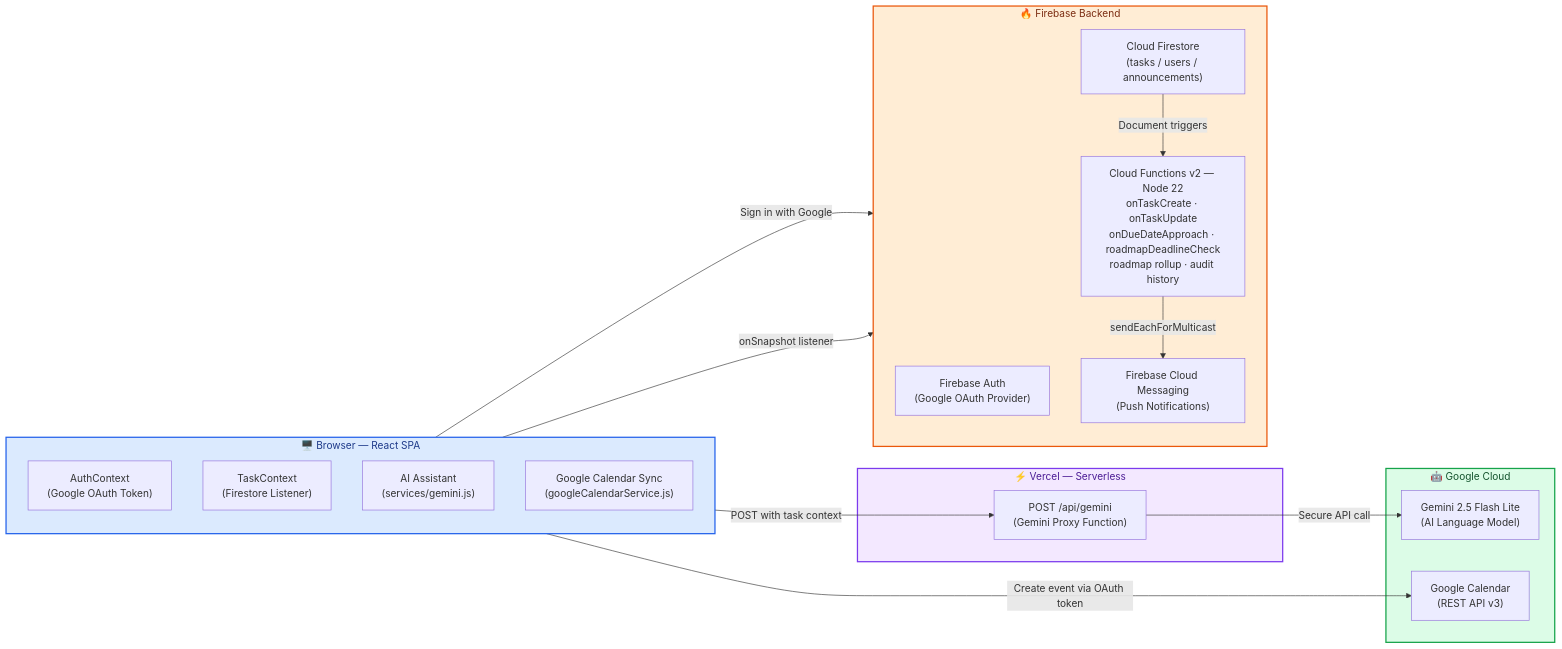
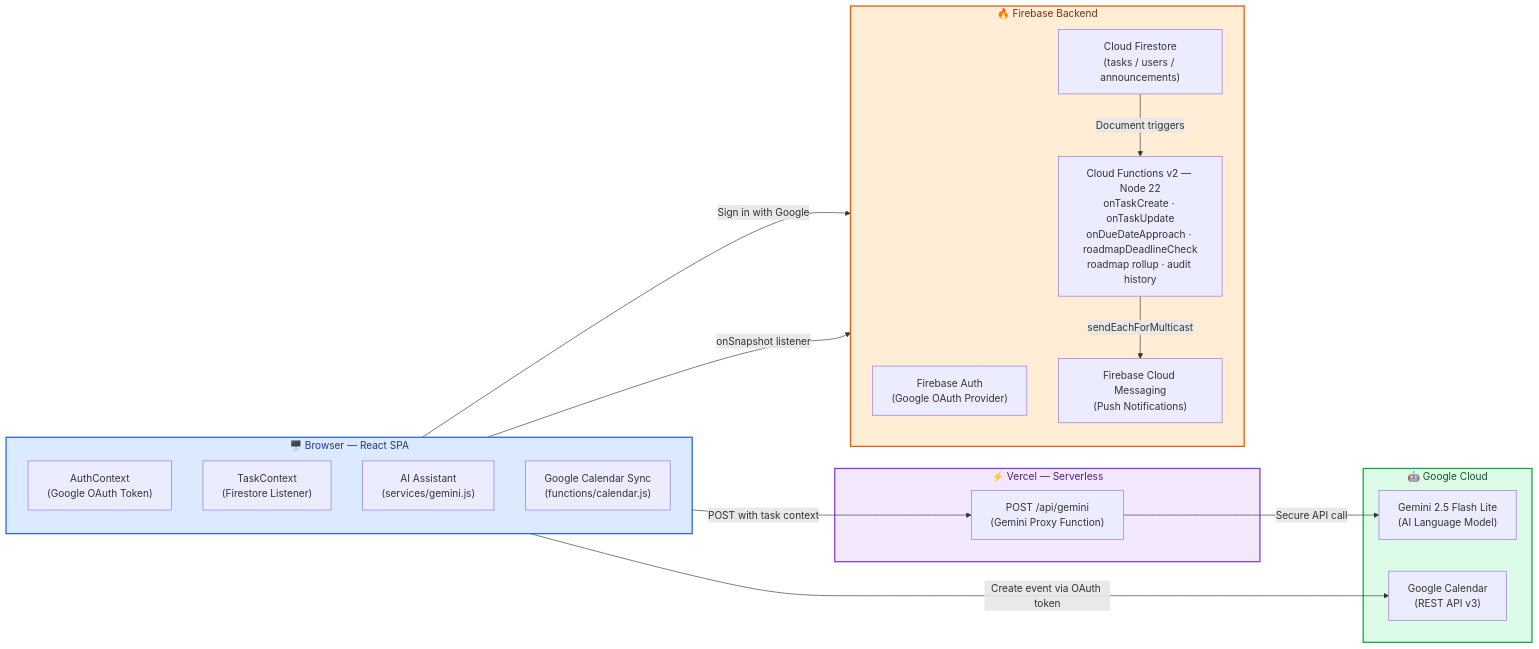
Before and after one commit to ajit421/airbuddy-workspace: the diagram in README.md, drawn with Mermaid. The commit also changed other lines of this file and 27 other files, not shown here.

First line of the commit message:
Add server-side Google Calendar sync

````diff
--- a/README.md
+++ b/README.md
@@ -243,55 +242,55 @@
 ```mermaid
 graph LR
     subgraph FE ["🖥️ Browser — React SPA"]
         direction TB
         AuthContext["AuthContext\n(Google OAuth Token)"]
         TaskContext["TaskContext\n(Firestore Listener)"]
         AIAssistant["AI Assistant\n(services/gemini.js)"]
-        CalendarSync["Google Calendar Sync\n(googleCalendarService.js)"]
+        CalendarSync["Google Calendar Sync\n(functions/calendar.js)"]
     end
 
     subgraph VERCEL ["⚡ Vercel — Serverless"]
         VercelFunc["POST /api/gemini\n(Gemini Proxy Function)"]
     end
 
     subgraph GCLOUD ["🤖 Google Cloud"]
         GeminiAPI["Gemini 2.5 Flash Lite\n(AI Language Model)"]
         GCalAPI["Google Calendar\n(REST API v3)"]
     end
 
     subgraph FIREBASE ["🔥 Firebase Backend"]
         direction TB
         FirebaseAuth["Firebase Auth\n(Google OAuth Provider)"]
         Firestore["Cloud Firestore\n(tasks / users / announcements)"]
         FCM["Firebase Cloud Messaging\n(Push Notifications)"]
         CloudFunctions["Cloud Functions v2 — Node 22\nonTaskCreate · onTaskUpdate\nonDueDateApproach · roadmapDeadlineCheck\nroadmap rollup · audit history"]
     end
 
     %% Auth flow
     AuthContext -->|"Sign in with Google"| FirebaseAuth
 
     %% Real-time data
     TaskContext -->|"onSnapshot listener"| Firestore
 
     %% AI flow
     AIAssistant -->|"POST with task context"| VercelFunc
     VercelFunc -->|"Secure API call"| GeminiAPI
 
     %% Calendar sync
     CalendarSync -->|"Create event via OAuth token"| GCalAPI
 
     %% Cloud Functions
     Firestore -->|"Document triggers"| CloudFunctions
     CloudFunctions -->|"sendEachForMulticast"| FCM
 
     %% Styles
     classDef feStyle fill:#dbeafe,stroke:#2563eb,stroke-width:2px,color:#1e3a8a
     classDef vercelStyle fill:#f3e8ff,stroke:#7c3aed,stroke-width:2px,color:#4c1d95
     classDef gcStyle fill:#dcfce7,stroke:#16a34a,stroke-width:2px,color:#14532d
     classDef fbStyle fill:#ffedd5,stroke:#ea580c,stroke-width:2px,color:#7c2d12
 
     class FE feStyle
     class VERCEL vercelStyle
     class GCLOUD gcStyle
     class FIREBASE fbStyle
 ```
````
